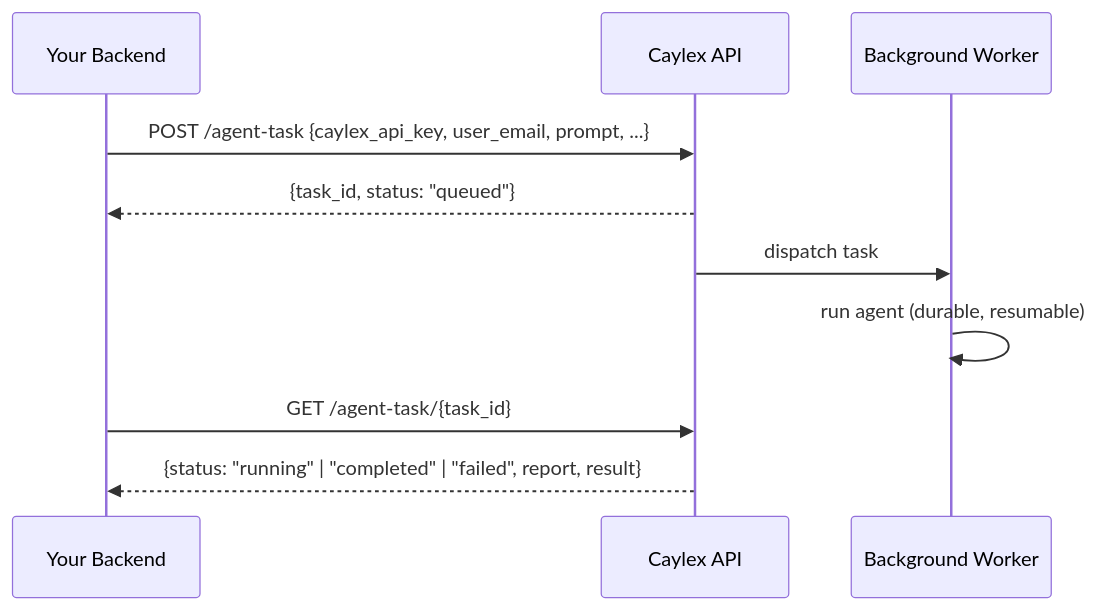
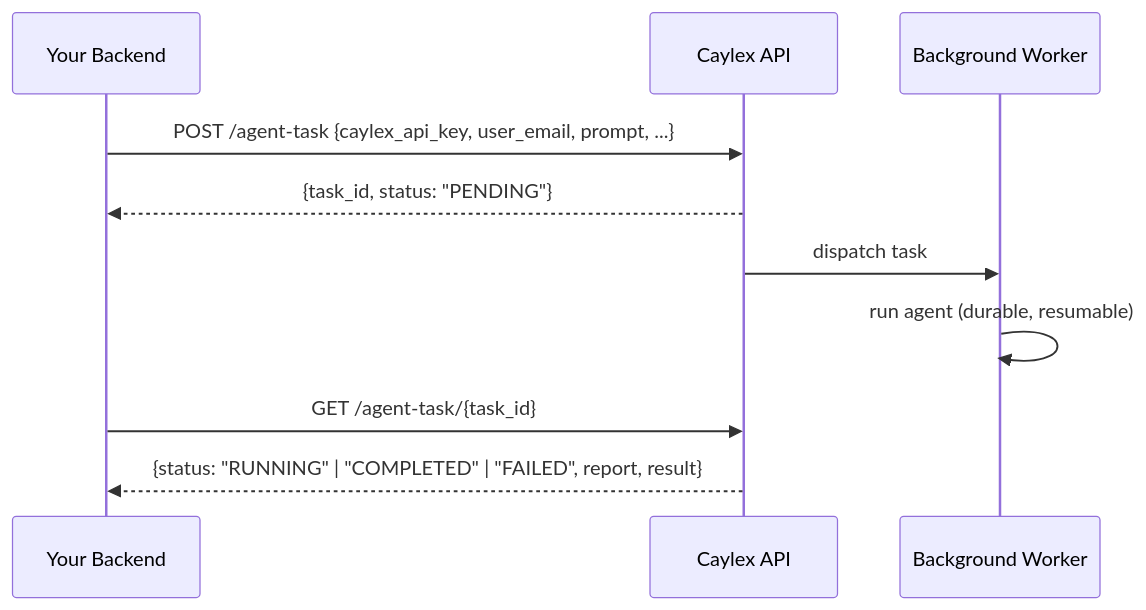
One commit to caylex-ai/caylex-developer-docs changed the diagram in background-tasks/agent-tasks.mdx. Above: the diagram before and after it, drawn with Mermaid. The commit also changed other lines of this file, not shown here.

First line of the commit message:
Document tool-approval policy + fix status casing on agent-tasks page

````diff
--- a/background-tasks/agent-tasks.mdx
+++ b/background-tasks/agent-tasks.mdx
@@ -21,13 +21,13 @@
 ```mermaid
 sequenceDiagram
     participant Backend as Your Backend
     participant Caylex as Caylex API
     participant Worker as Background Worker
 
     Backend->>Caylex: POST /agent-task {caylex_api_key, user_email, prompt, ...}
-    Caylex-->>Backend: {task_id, status: "queued"}
+    Caylex-->>Backend: {task_id, status: "PENDING"}
     Caylex->>Worker: dispatch task
     Worker->>Worker: run agent (durable, resumable)
     Backend->>Caylex: GET /agent-task/{task_id}
-    Caylex-->>Backend: {status: "running" | "completed" | "failed", report, result}
+    Caylex-->>Backend: {status: "RUNNING" | "COMPLETED" | "FAILED", report, result}
 ```
````
